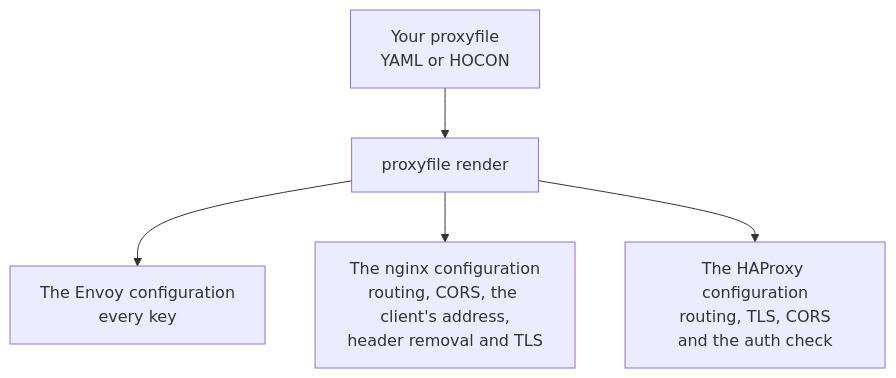
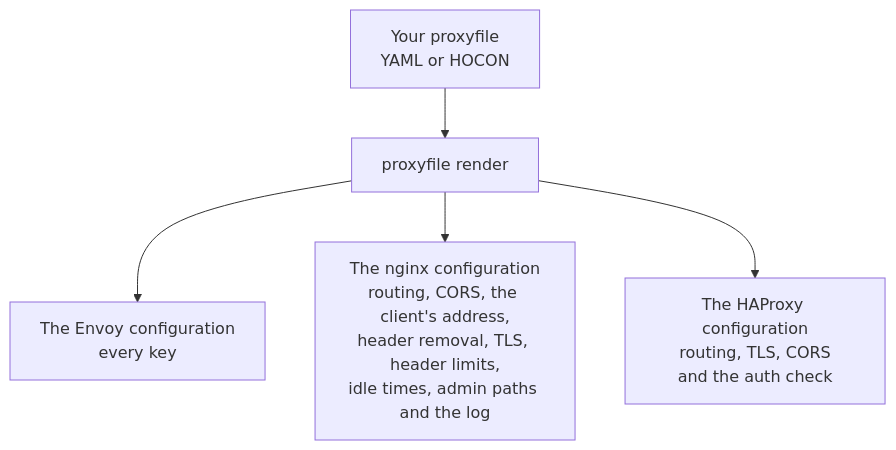
The first of 2 diagrams in README.md (kitecorp/proxyfile), drawn with Mermaid before and after one commit. The commit also changed other lines of this file and 42 other files, not shown here.

````diff
--- a/README.md
+++ b/README.md
@@ -17,7 +18,7 @@
 ```mermaid
 flowchart TB
     source["Your proxyfile<br/>YAML or HOCON"] --> render["proxyfile render"]
     render --> envoy["The Envoy configuration<br/>every key"]
-    render --> nginx["The nginx configuration<br/>routing, CORS, the client's address,<br/>header removal and TLS"]
+    render --> nginx["The nginx configuration<br/>routing, CORS, the client's address,<br/>header removal, TLS, header limits,<br/>idle times, admin paths and the log"]
     render --> haproxy["The HAProxy configuration<br/>routing, TLS, CORS<br/>and the auth check"]
 ```
````
